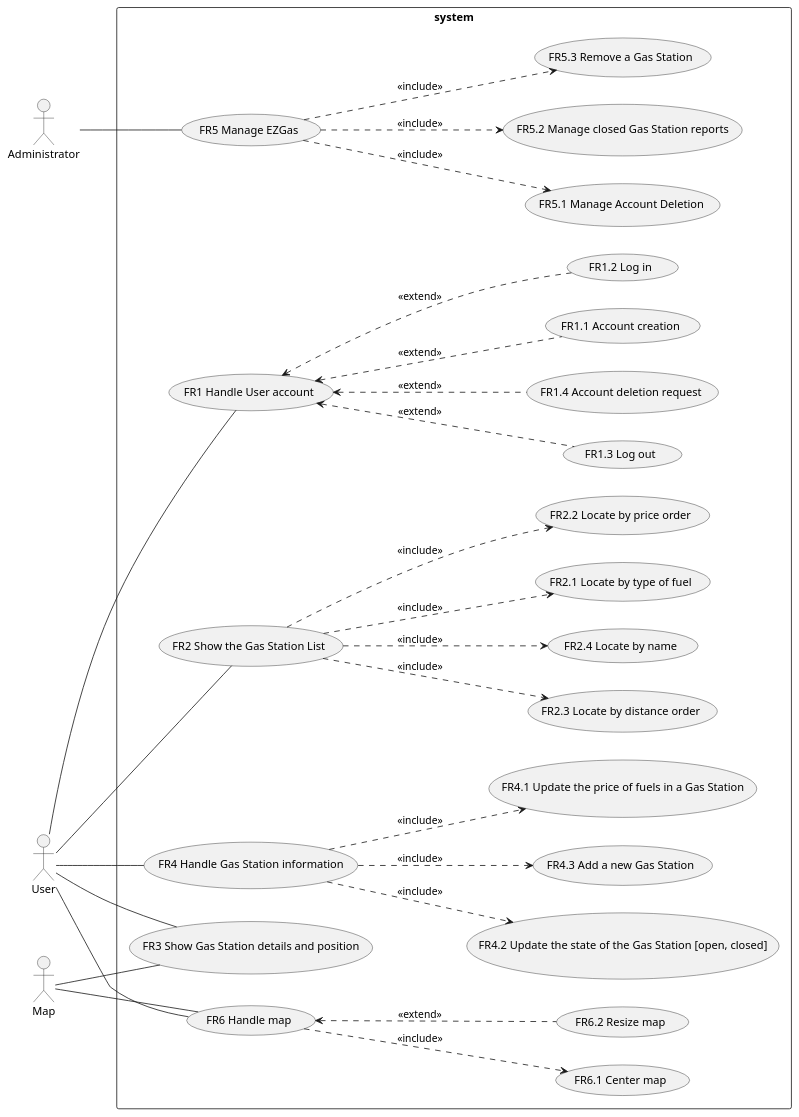
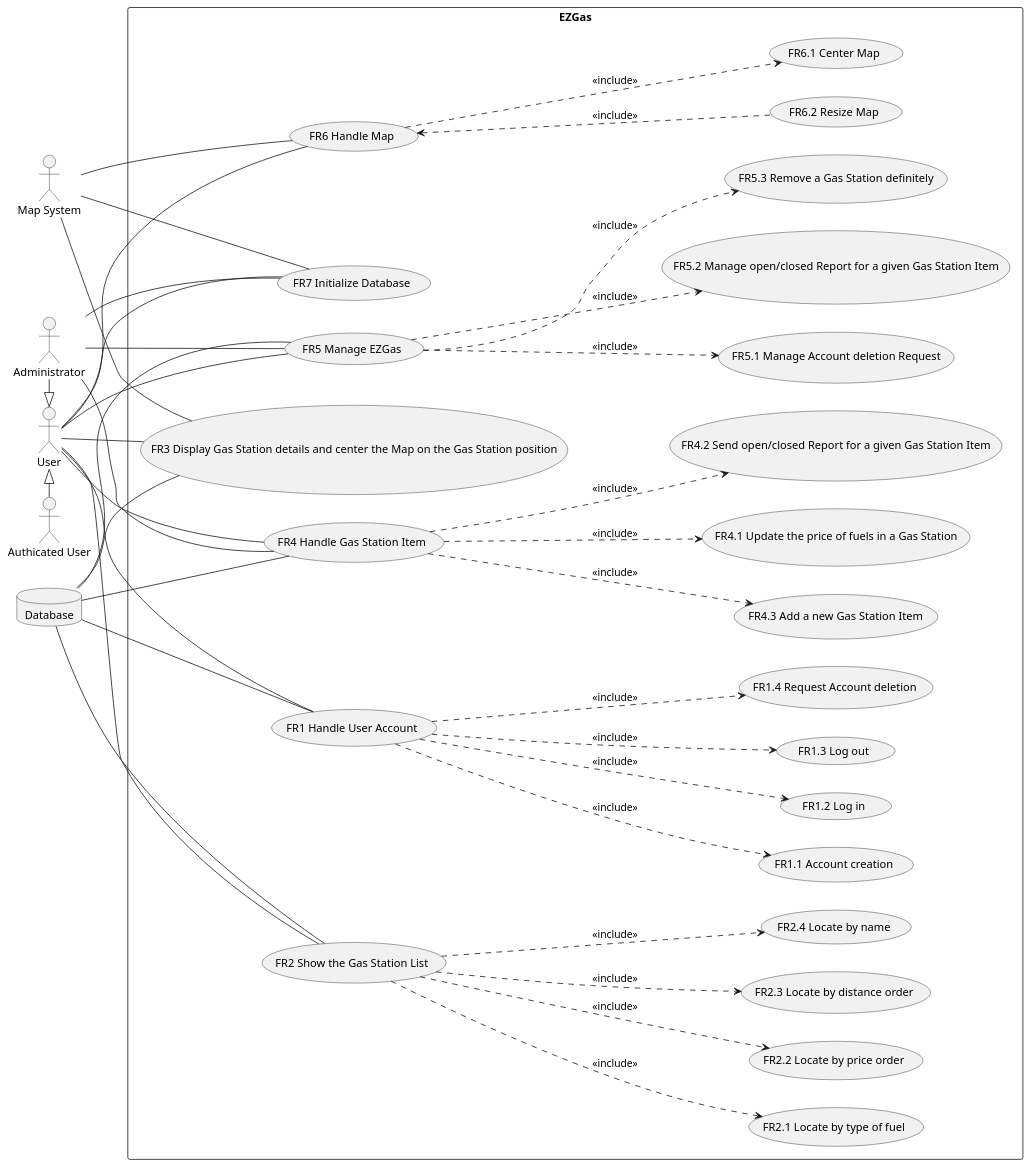
The second of 2 diagrams in docs/RequirementsDocument.md (aureliocirella/se1-ezgas), drawn with PlantUML before and after one commit. The commit also changed other lines of this file, not shown here.

Commit message:
doc: RC7 and UC7 added. FR5.3, UC4, UC Diagram fixed

````diff
--- a/docs/RequirementsDocument.md
+++ b/docs/RequirementsDocument.md
@@ -341,37 +164,41 @@
 left to right direction
 actor Administrator as a
 actor User as u
-actor Map as m
+actor "Authicated User" as auth
+actor "Map System" as m
+database "Database" as db
 
-rectangle system {
-	(FR1 Handle User account) as FR1
+rectangle EZGas {
+	(FR1 Handle User Account) as FR1
 	(FR1.1 Account creation) as FR1.1
 	(FR1.2 Log in) as FR1.2
 	(FR1.3 Log out) as FR1.3
-	(FR1.4 Account deletion request) as FR1.4
+	(FR1.4 Request Account deletion) as FR1.4
 	(FR2 Show the Gas Station List) as FR2
 	(FR2.1 Locate by type of fuel) as FR2.1
 	(FR2.2 Locate by price order) as FR2.2
 	(FR2.3 Locate by distance order) as FR2.3
 	(FR2.4 Locate by name) as FR2.4
-	(FR3 Show Gas Station details and position) as FR3
-	(FR4 Handle Gas Station information) as FR4
+	(FR3 Display Gas Station details and center the Map on the Gas Station position) as FR3
+	(FR4 Handle Gas Station Item) as FR4
 	(FR4.1 Update the price of fuels in a Gas Station) as FR4.1
-	(FR4.2 Update the state of the Gas Station [open, closed]) as FR4.2
-	(FR4.3 Add a new Gas Station) as FR4.3
+	(FR4.2 Send open/closed Report for a given Gas Station Item) as FR4.2
+	(FR4.3 Add a new Gas Station Item) as FR4.3
 	(FR5 Manage EZGas) as FR5
-	(FR5.1 Manage Account Deletion) as FR5.1
-	(FR5.2 Manage closed Gas Station reports) as FR5.2
-	(FR5.3 Remove a Gas Station) as FR5.3
-	(FR6 Handle map) as FR6
-	(FR6.1 Center map) as FR6.1
-	(FR6.2 Resize map) as FR6.2
+	(FR5.1 Manage Account deletion Request) as FR5.1
+	(FR5.2 Manage open/closed Report for a given Gas Station Item) as FR5.2
+	(FR5.3 Remove a Gas Station definitely) as FR5.3
+	(FR6 Handle Map) as FR6
+	(FR6.1 Center Map) as FR6.1
+	(FR6.2 Resize Map) as FR6.2
+	(FR7 Initialize Database) as FR7
+	
 }
 
-FR1 <.- FR1.1 : <<extend>>
-FR1 <.- FR1.2 : <<extend>>
-FR1 <.- FR1.3 : <<extend>>
-FR1 <.- FR1.4 : <<extend>>
+FR1 .-> FR1.1 : <<include>>
+FR1 .-> FR1.2 : <<include>>
+FR1 .-> FR1.3 : <<include>>
+FR1 .-> FR1.4 : <<include>>
 
 FR2 .-> FR2.1 : <<include>>
 FR2 .-> FR2.2 : <<include>>
@@ -387,15 +214,33 @@
 FR5 .-> FR5.3 : <<include>>
 
 FR6 .-> FR6.1 : <<include>>
-FR6 <.- FR6.2 : <<extend>>
-	
+FR6 <.- FR6.2 : <<include>>
+
+a -|>u
+u <|- auth 
+db -- FR1
 u -- FR1
+
 u -- FR2
+db -- FR2
+
 u -- FR3
+db -- FR3
 m -- FR3
+
 u -- FR4
+db -- FR4
+a -- FR4
+
+u -- FR5
+db -- FR5
 a -- FR5
+
 u -- FR6
 m -- FR6
+
+u -- FR7
+a -- FR7
+m -- FR7
 @enduml
 ```
````
